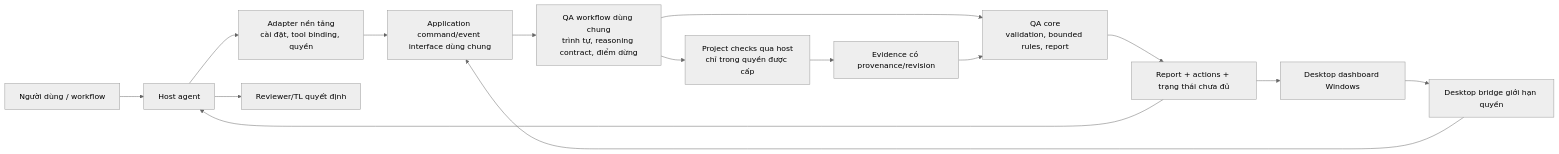
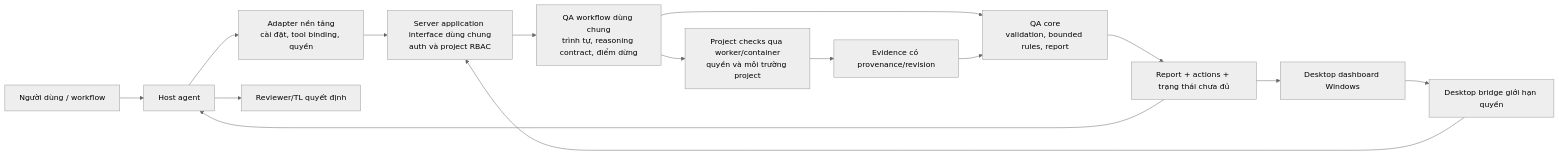
One commit to nhatphucpham/ai-engineering-qa-framework changed the diagram in docs/FRAMEWORK-SCOPE.md. Above: the diagram before and after it, drawn with Mermaid (neutral theme). The commit also changed other lines of this file and 7 other files, not shown here.

````diff
--- a/docs/FRAMEWORK-SCOPE.md
+++ b/docs/FRAMEWORK-SCOPE.md
@@ -35,17 +43,17 @@
 ```mermaid
 flowchart LR
   U["Người dùng / workflow"] --> H["Host agent"]
   H --> A["Adapter nền tảng<br/>cài đặt, tool binding, quyền"]
-  A --> API["Application command/event interface dùng chung"]
+  A --> API["Server application interface dùng chung<br/>auth và project RBAC"]
   UI["Desktop dashboard Windows"] --> BR["Desktop bridge giới hạn quyền"]
   BR --> API
   API --> W["QA workflow dùng chung<br/>trình tự, reasoning contract, điểm dừng"]
   W --> C["QA core<br/>validation, bounded rules, report"]
-  W --> T["Project checks qua host<br/>chỉ trong quyền được cấp"]
+  W --> T["Project checks qua worker/container<br/>quyền và môi trường project"]
   T --> E["Evidence có provenance/revision"]
   E --> C
   C --> R["Report + actions + trạng thái chưa đủ"]
   R --> H
   R --> UI
   H --> D["Reviewer/TL quyết định"]
 ```
````
